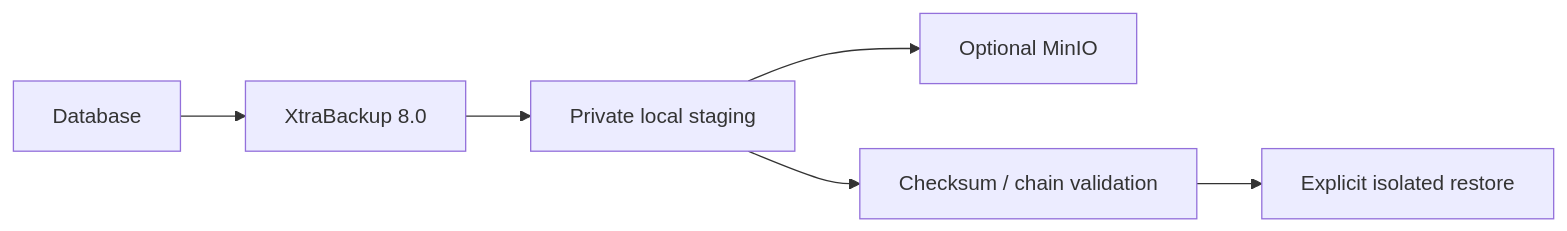
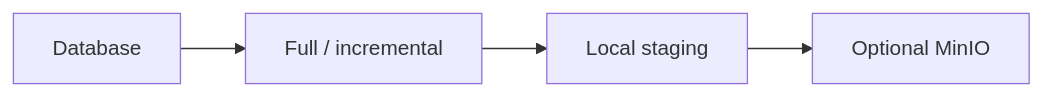
The diagram in roles/percona_backup/README.md (OT-OSM/percona_server), drawn with Mermaid before and after one commit. The commit also changed other lines of this file and 159 other files, not shown here.

````diff
--- a/roles/percona_backup/README.md
+++ b/roles/percona_backup/README.md
@@ -5,4 +5,4 @@
 ```mermaid
 flowchart LR
-  D[Database] --> X[XtraBackup 8.0]; X --> L[Private local staging]; L --> M[Optional MinIO]; L --> V[Checksum / chain validation]; V --> R[Explicit isolated restore]
+  D[Database] --> B[Full / incremental] --> L[Local staging] --> M[Optional MinIO]
 ```
````
